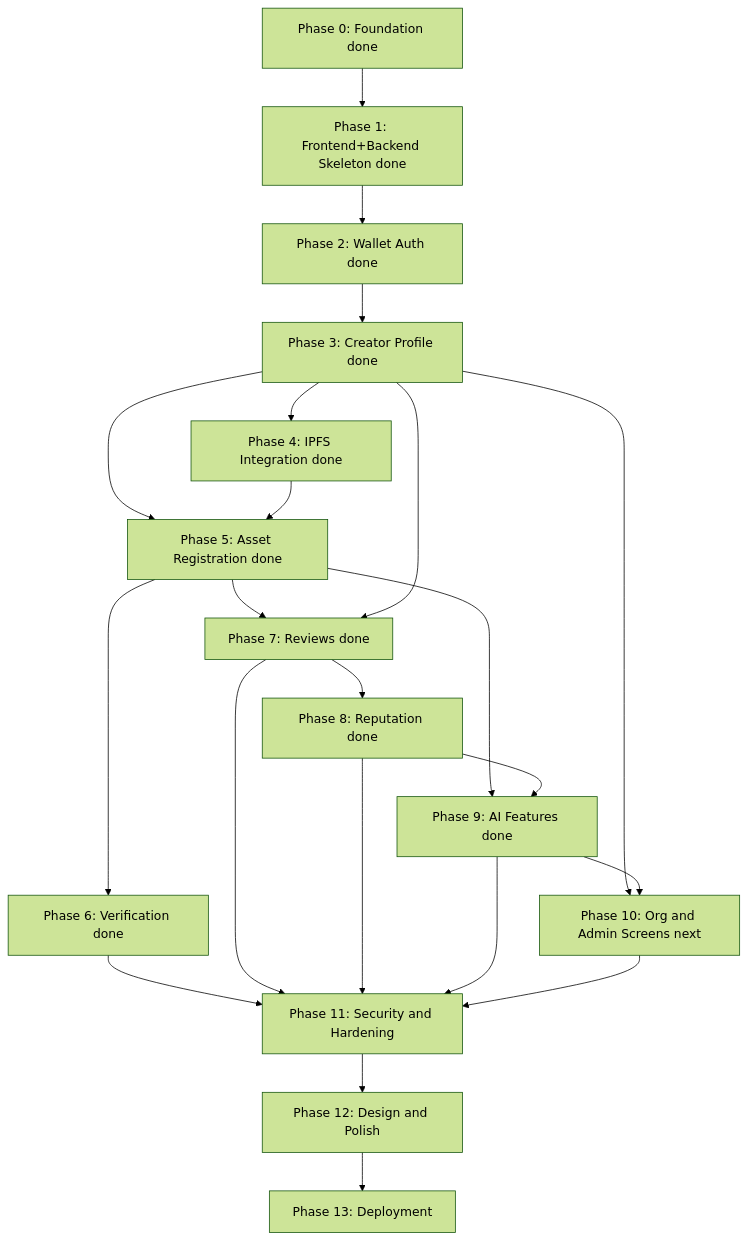
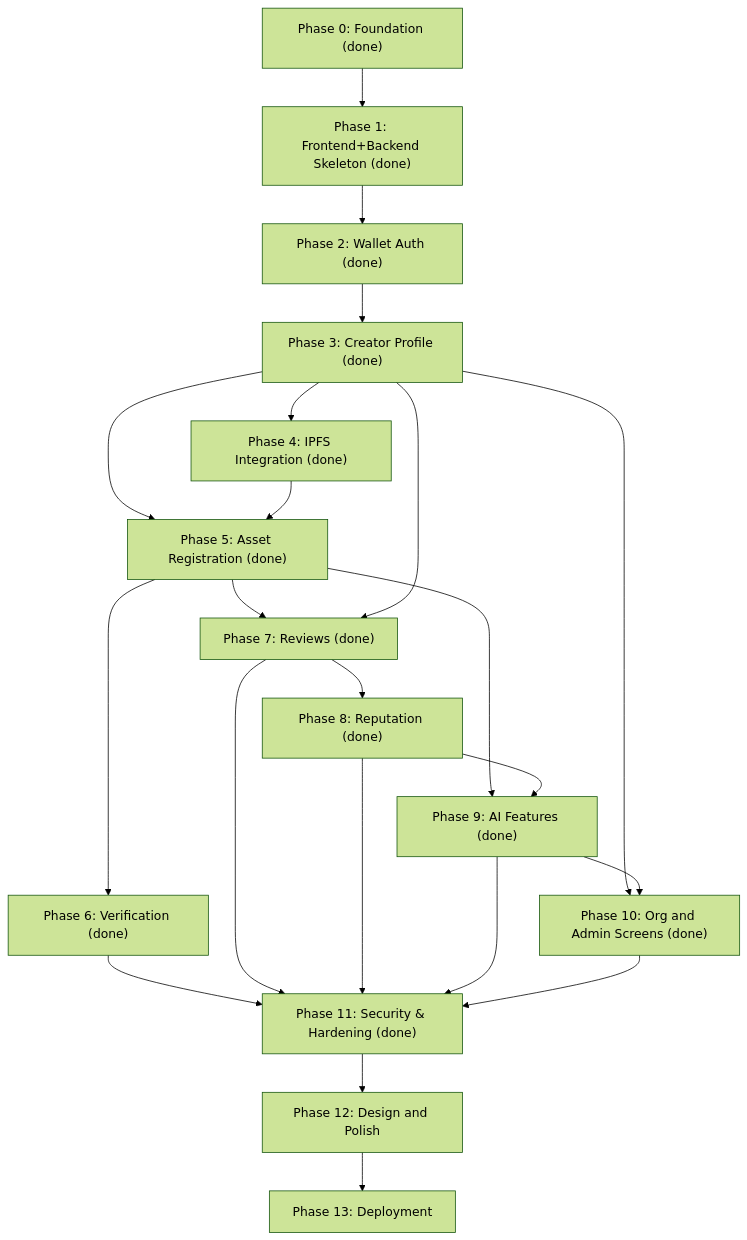
The diagram in docs/DEVELOPMENT_ROADMAP.md (originchain-labs/originchain), drawn with Mermaid (forest theme) before and after one commit. The commit also changed 9 other files, not shown here.

````diff
--- a/docs/DEVELOPMENT_ROADMAP.md
+++ b/docs/DEVELOPMENT_ROADMAP.md
@@ -248,24 +248,24 @@
 ```mermaid
 flowchart TD
-    P0[Phase 0: Foundation done] --> P1[Phase 1: Frontend+Backend Skeleton done]
-    P1 --> P2[Phase 2: Wallet Auth done]
-    P2 --> P3[Phase 3: Creator Profile done]
-    P3 --> P4[Phase 4: IPFS Integration done]
-    P3 --> P5[Phase 5: Asset Registration done]
+    P0["Phase 0: Foundation (done)"] --> P1["Phase 1: Frontend+Backend Skeleton (done)"]
+    P1 --> P2["Phase 2: Wallet Auth (done)"]
+    P2 --> P3["Phase 3: Creator Profile (done)"]
+    P3 --> P4["Phase 4: IPFS Integration (done)"]
+    P3 --> P5["Phase 5: Asset Registration (done)"]
     P4 --> P5
-    P5 --> P6[Phase 6: Verification done]
-    P5 --> P7[Phase 7: Reviews done]
+    P5 --> P6["Phase 6: Verification (done)"]
+    P5 --> P7["Phase 7: Reviews (done)"]
     P3 --> P7
-    P7 --> P8[Phase 8: Reputation done]
-    P5 --> P9[Phase 9: AI Features done]
+    P7 --> P8["Phase 8: Reputation (done)"]
+    P5 --> P9["Phase 9: AI Features (done)"]
     P8 --> P9
-    P3 --> P10[Phase 10: Org and Admin Screens next]
+    P3 --> P10["Phase 10: Org and Admin Screens (done)"]
     P9 --> P10
-    P6 --> P11[Phase 11: Security and Hardening]
+    P6 --> P11["Phase 11: Security & Hardening (done)"]
     P7 --> P11
     P8 --> P11
     P9 --> P11
     P10 --> P11
-    P11 --> P12[Phase 12: Design and Polish]
-    P12 --> P13[Phase 13: Deployment]
+    P11 --> P12["Phase 12: Design and Polish"]
+    P12 --> P13["Phase 13: Deployment"]
 ```
````
